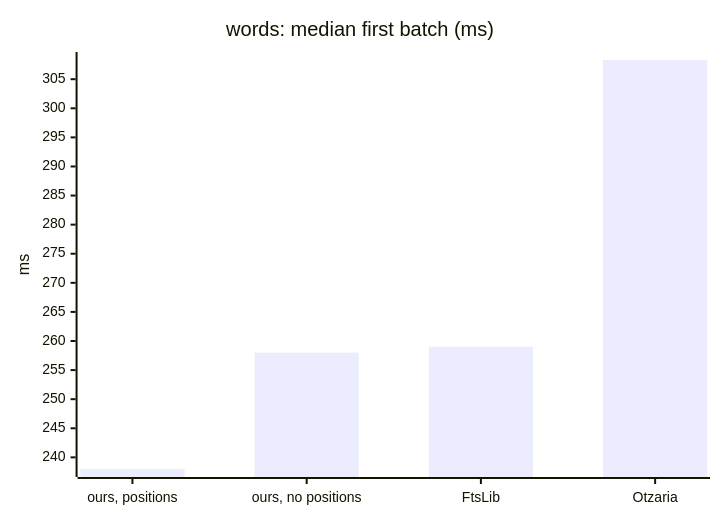
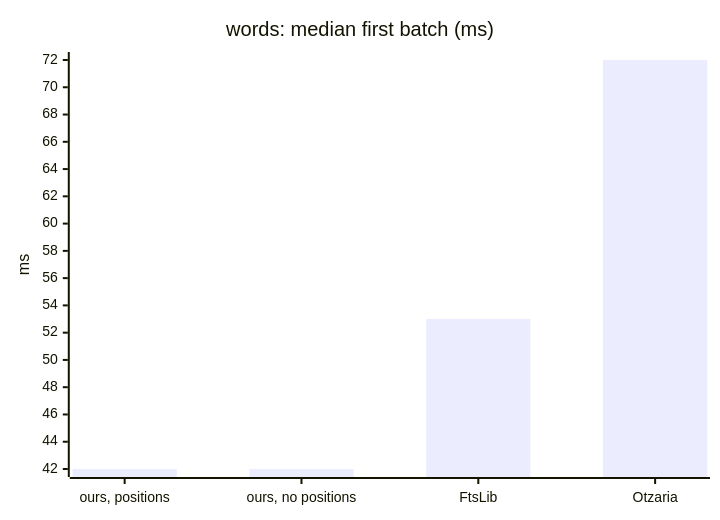
The seventh of 11 diagrams in FTS-SPECS-AND-COMPARISONS.md (KleiKodesh/SeforimLibrarySearchEngine), drawn with Mermaid before and after one commit. The commit also changed other lines of this file and 10 other files, not shown here.

````diff
--- a/FTS-SPECS-AND-COMPARISONS.md
+++ b/FTS-SPECS-AND-COMPARISONS.md
@@ -390,7 +401,7 @@
 ```mermaid
 xychart-beta
     title "words: median first batch (ms)"
     x-axis ["ours, positions", "ours, no positions", "FtsLib", "Otzaria"]
     y-axis "ms"
-    bar [238.00, 258.00, 259.00, 308.30]
+    bar [42.00, 42.00, 53.00, 72.00]
 ```
````
